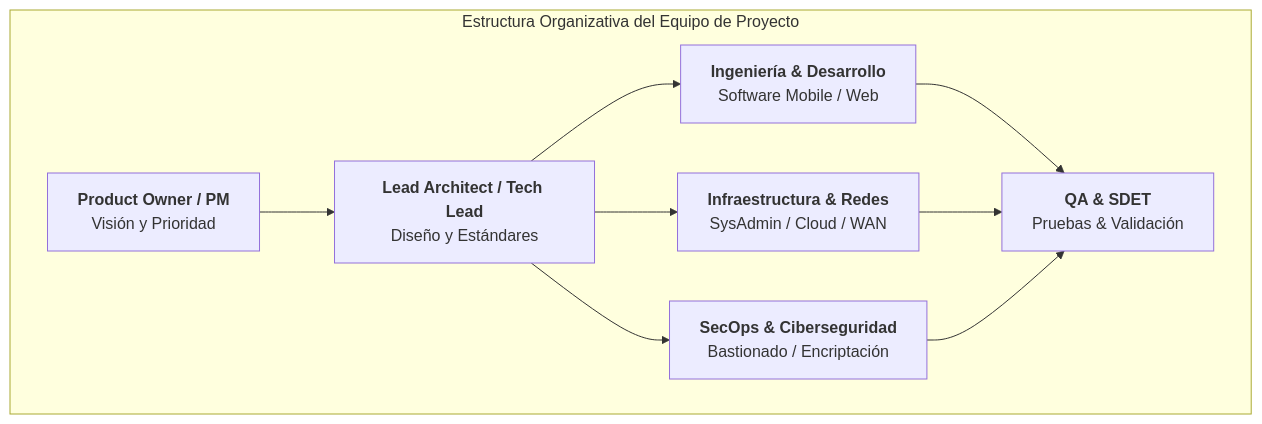
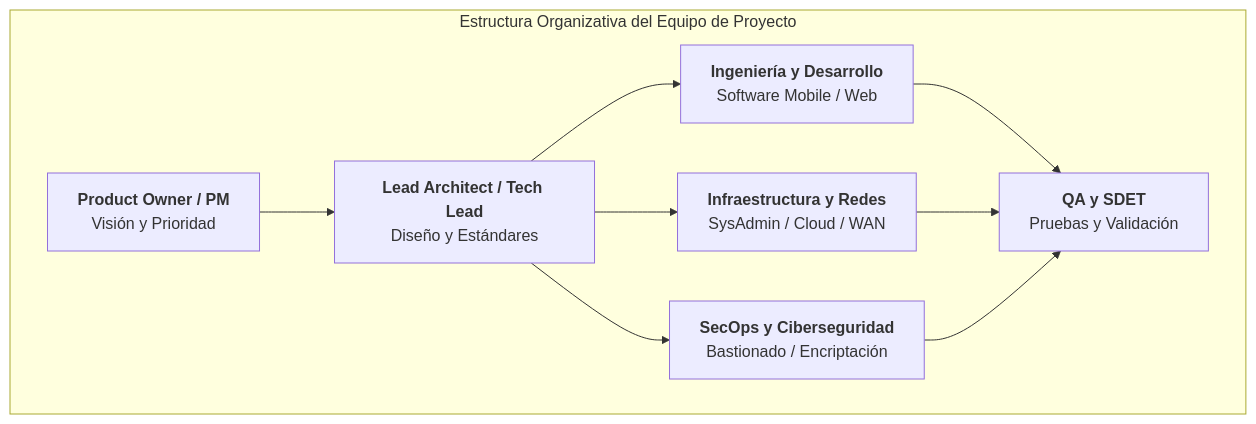
The fourth of 13 diagrams in RA1.md (fencgut961/PI_26_27), drawn with Mermaid before and after one commit. The commit also changed other lines of this file, not shown here.

````diff
--- a/RA1.md
+++ b/RA1.md
@@ -152,11 +151,13 @@
 ```mermaid
 flowchart LR
-    subgraph Squad [Estructura Organizativa del Equipo de Proyecto]
+    subgraph Squad ["Estructura Organizativa del Equipo de Proyecto"]
         direction LR
-        PO[<b>Product Owner / PM</b><br/>Visión y Prioridad] --> ARCH[<b>Lead Architect / Tech Lead</b><br/>Diseño y Estándares]
-        ARCH --> DEV[<b>Ingeniería & Desarrollo</b><br/>Software Mobile / Web]
-        ARCH --> INFRA[<b>Infraestructura & Redes</b><br/>SysAdmin / Cloud / WAN]
-        ARCH --> SEC[<b>SecOps & Ciberseguridad</b><br/>Bastionado / Encriptación]
-        DEV & INFRA & SEC --> QA[<b>QA & SDET</b><br/>Pruebas & Validación]
+        PO["<b>Product Owner / PM</b><br/>Visión y Prioridad"] --> ARCH["<b>Lead Architect / Tech Lead</b><br/>Diseño y Estándares"]
+        ARCH --> DEV["<b>Ingeniería y Desarrollo</b><br/>Software Mobile / Web"]
+        ARCH --> INFRA["<b>Infraestructura y Redes</b><br/>SysAdmin / Cloud / WAN"]
+        ARCH --> SEC["<b>SecOps y Ciberseguridad</b><br/>Bastionado / Encriptación"]
+        DEV --> QA["<b>QA y SDET</b><br/>Pruebas y Validación"]
+        INFRA --> QA
+        SEC --> QA
     end
 ```
````
